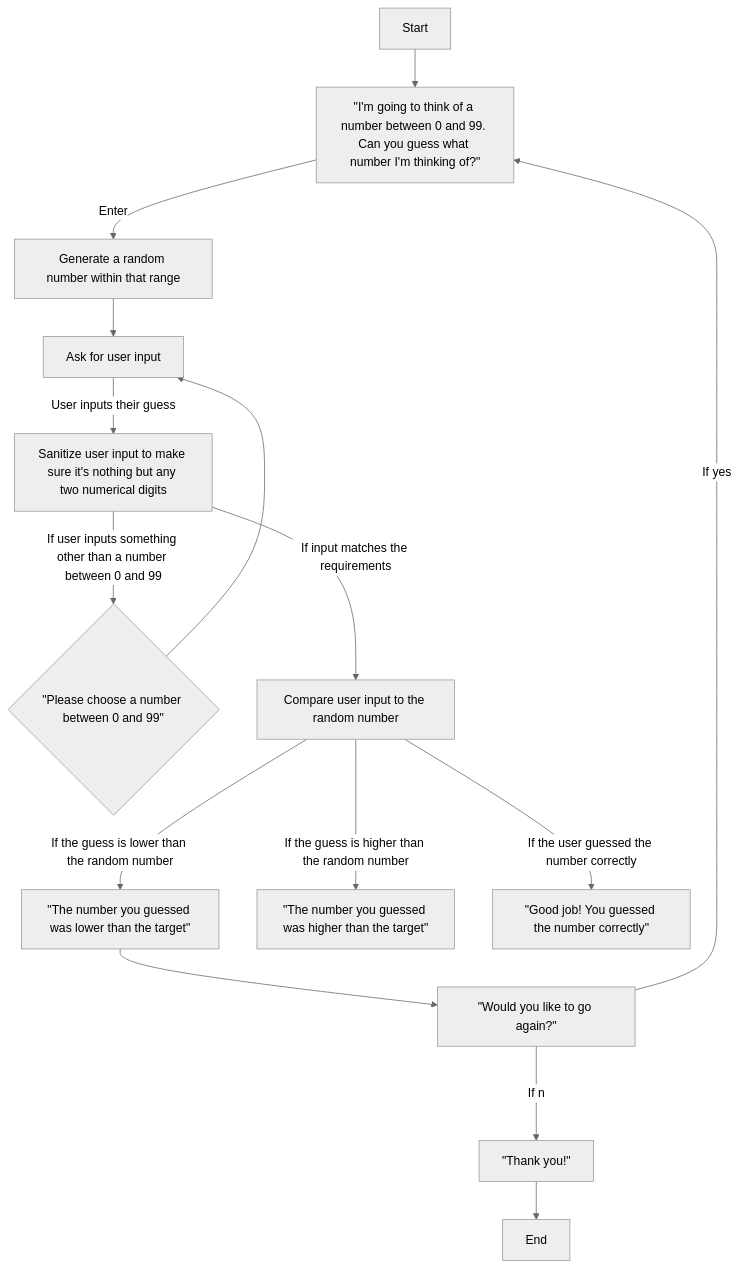
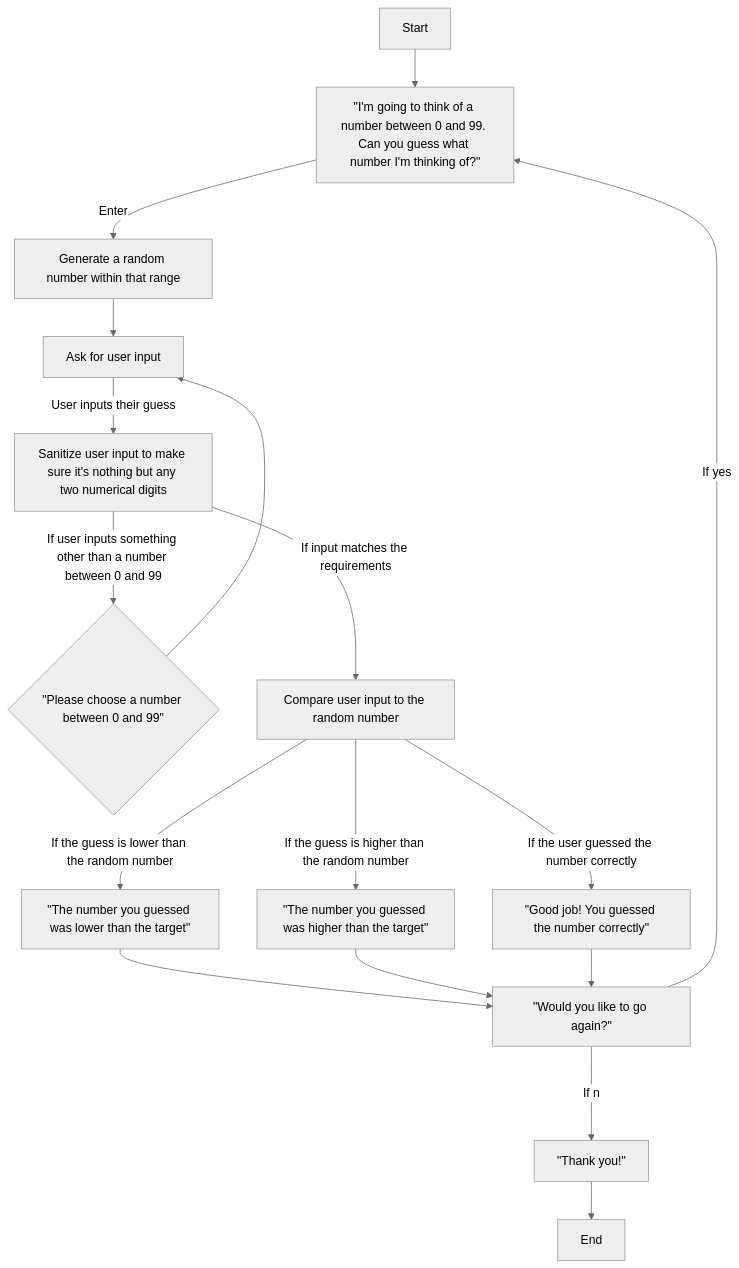
The diagram in Diagram.md (melanieb98/melanieb98), drawn with Mermaid (neutral theme) before and after one commit.

````diff
--- a/Diagram.md
+++ b/Diagram.md
@@ -1,20 +1,22 @@
 ```mermaid
 
 flowchart TD
 
     Start[Start]-->st1[#quot;I'm going to think of a number between 0 and 99. Can you guess what number I'm thinking of?#quot;];
     st1--Enter-->st1.1[Generate a random number within that range];
     st1.1-->st2[Ask for user input];
     st2--User inputs their guess-->st3[Sanitize user input to make sure it's nothing but any two numerical digits];
     st3--If user inputs something other than a number between 0 and 99-->st3.1{#quot;Please choose a number between 0 and 99#quot;};
     st3.1-->st2;
     st3--If input matches the requirements-->st4[Compare user input to the random number];
     st4--If the guess is lower than the random number-->lower[#quot;The number you guessed was lower than the target#quot;];
     st4--If the guess is higher than the random number-->higher[#quot;The number you guessed was higher than the target#quot;];
     st4--If the user guessed the number correctly-->correct[#quot;Good job! You guessed the number correctly#quot;];
     lower-->repeat[#quot;Would you like to go again?#quot;];
+    higher-->repeat;
+    correct-->repeat;
     repeat--If yes-->st1;
     repeat--If no-->stop[#quot;Thank you!#quot;];
     stop-->End[End];
 
 ```
````
